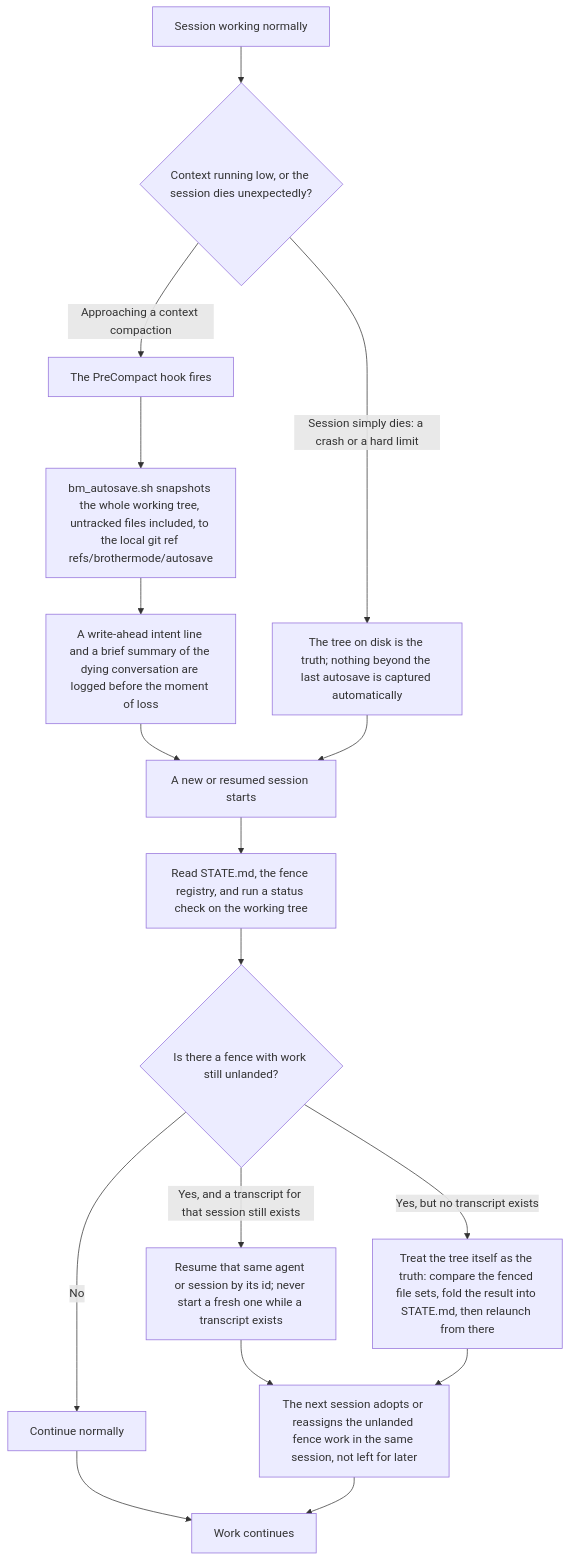
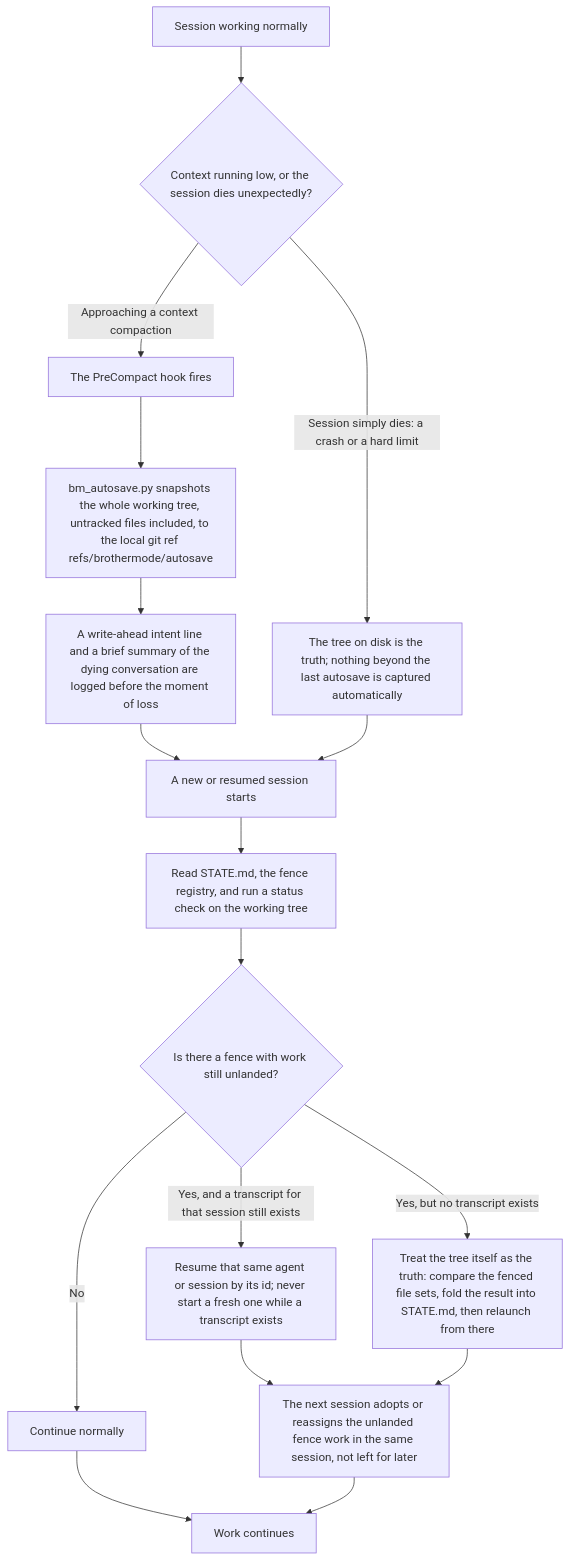
Before and after one commit to khalilmaaouni/BrotherModeUp: the fourth of 4 diagrams in docs/ba/PROCESS.md, drawn with Mermaid. The commit also changed 14 other files, not shown here.

````diff
--- a/docs/ba/PROCESS.md
+++ b/docs/ba/PROCESS.md
@@ -121,19 +121,19 @@
 ```mermaid
 flowchart TD
     A["Session working normally"] --> B{"Context running low, or the session dies unexpectedly?"}
     B -- "Approaching a context compaction" --> C["The PreCompact hook fires"]
-    C --> D["bm_autosave.sh snapshots the whole working tree, untracked files included, to the local git ref refs/brothermode/autosave"]
+    C --> D["bm_autosave.py snapshots the whole working tree, untracked files included, to the local git ref refs/brothermode/autosave"]
     D --> E["A write-ahead intent line and a brief summary of the dying conversation are logged before the moment of loss"]
     B -- "Session simply dies: a crash or a hard limit" --> F["The tree on disk is the truth; nothing beyond the last autosave is captured automatically"]
     E --> G["A new or resumed session starts"]
     F --> G
     G --> H["Read STATE.md, the fence registry, and run a status check on the working tree"]
     H --> I{"Is there a fence with work still unlanded?"}
     I -- "Yes, and a transcript for that session still exists" --> J["Resume that same agent or session by its id; never start a fresh one while a transcript exists"]
     I -- "Yes, but no transcript exists" --> K["Treat the tree itself as the truth: compare the fenced file sets, fold the result into STATE.md, then relaunch from there"]
     I -- "No" --> L["Continue normally"]
     J --> M["The next session adopts or reassigns the unlanded fence work in the same session, not left for later"]
     K --> M
     L --> N["Work continues"]
     M --> N
 ```
````
